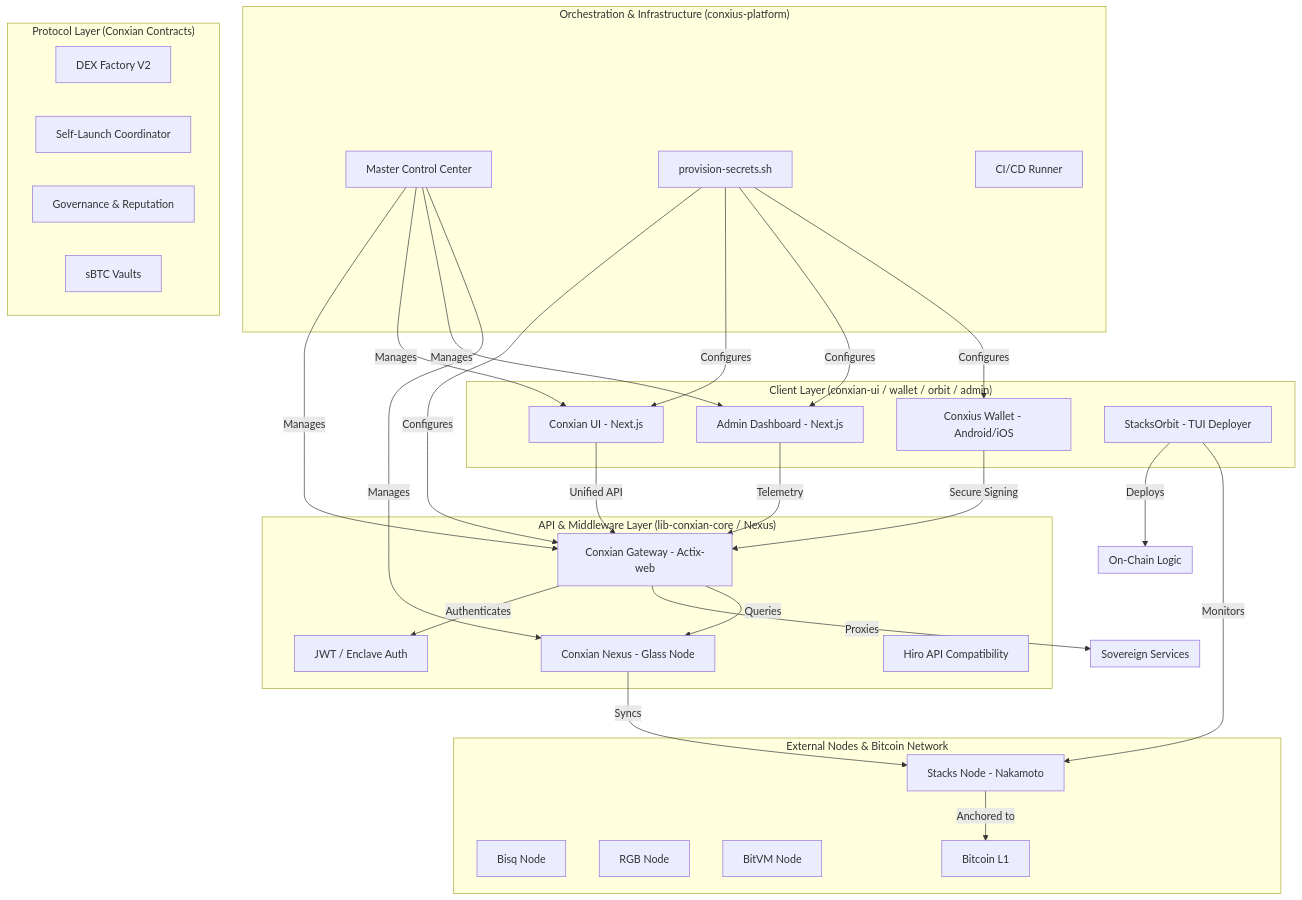
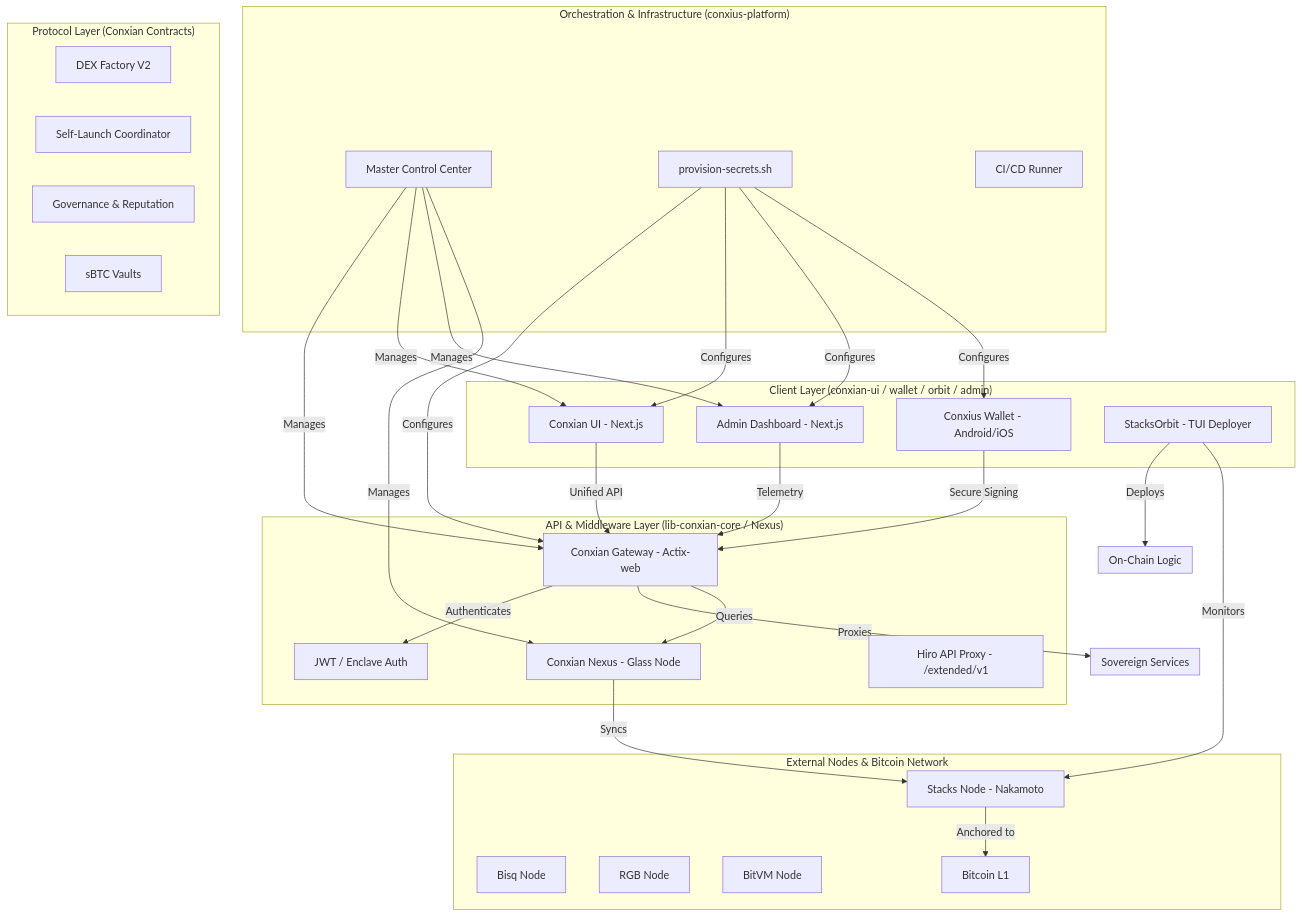
The diagram in SYSTEM_GRAPH.md (Conxian/conxius-platform), drawn with Mermaid before and after one commit. The commit also changed 4 other files, not shown here.

````diff
--- a/SYSTEM_GRAPH.md
+++ b/SYSTEM_GRAPH.md
@@ -5,72 +5,72 @@
 ```mermaid
 graph TD
     subgraph "Orchestration & Infrastructure (conxius-platform)"
         P[Master Control Center]
         S[provision-secrets.sh]
         CI[CI/CD Runner]
     end
 
     subgraph "API & Middleware Layer (lib-conxian-core / Nexus)"
         GW[Conxian Gateway - Actix-web]
         NX[Conxian Nexus - Glass Node]
         AUTH[JWT / Enclave Auth]
-        HIRO[Hiro API Compatibility]
+        HIRO[Hiro API Proxy - /extended/v1]
     end
 
     subgraph "Client Layer (conxian-ui / wallet / orbit / admin)"
         UI[Conxian UI - Next.js]
         ADM[Admin Dashboard - Next.js]
         W[Conxius Wallet - Android/iOS]
         ORB[StacksOrbit - TUI Deployer]
     end
 
     subgraph "Protocol Layer (Conxian Contracts)"
         DEX[DEX Factory V2]
         LAUNCH[Self-Launch Coordinator]
         GOV[Governance & Reputation]
         SBTC[sBTC Vaults]
     end
 
     subgraph "External Nodes & Bitcoin Network"
         BISQ[Bisq Node]
         RGB[RGB Node]
         BITVM[BitVM Node]
         STX[Stacks Node - Nakamoto]
         BTC[Bitcoin L1]
     end
 
     P -->|Manages| GW
     P -->|Manages| UI
     P -->|Manages| ADM
     P -->|Manages| NX
     S -->|Configures| GW
     S -->|Configures| UI
     S -->|Configures| ADM
     S -->|Configures| W
 
     UI -->|Unified API| GW
     ADM -->|Telemetry| GW
     W -->|Secure Signing| GW
     ORB -->|Deploys| Protocol
     ORB -->|Monitors| STX
 
     GW -->|Authenticates| AUTH
     GW -->|Proxies| Sovereign
     GW -->|Queries| NX
     NX -->|Syncs| STX
 
     STX -->|Anchored to| BTC
 
     subgraph Protocol [On-Chain Logic]
         DEX
         LAUNCH
         GOV
         SBTC
     end
 
     subgraph Sovereign [Sovereign Services]
         BISQ
         RGB
         BITVM
     end
 ```
````
